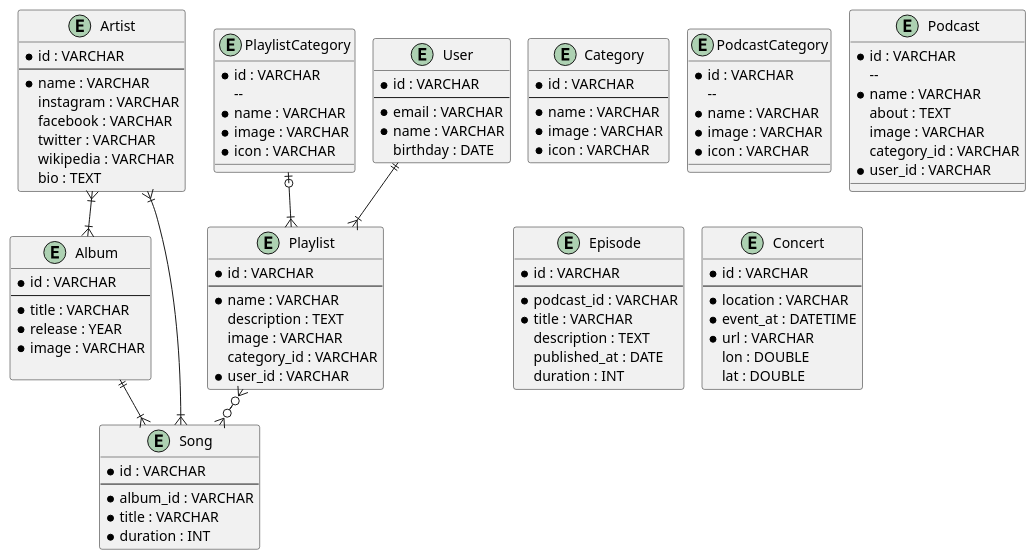
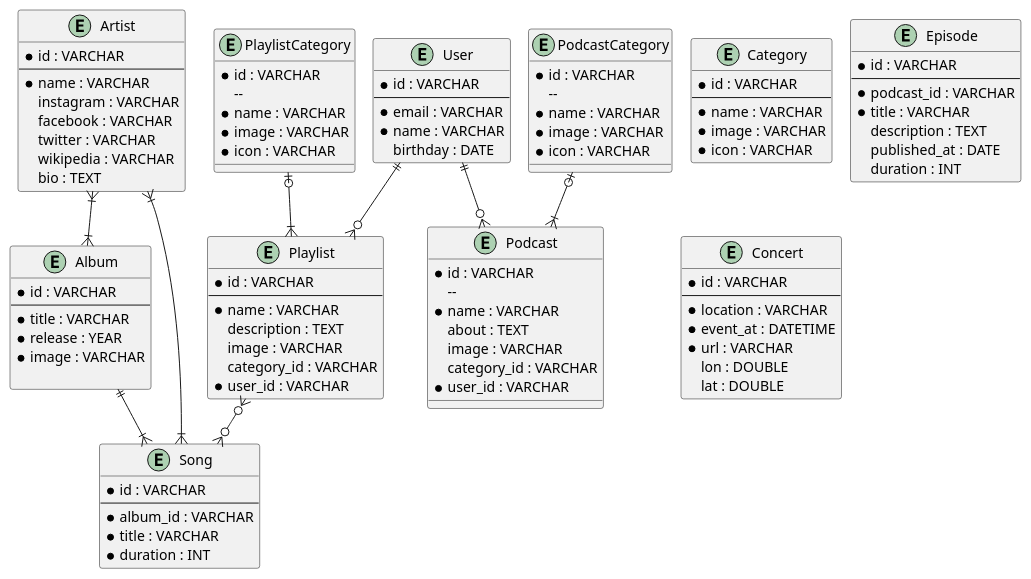
Before and after one commit to fkresna23/database-design-spotify: the diagram in spotify.puml, drawn with PlantUML.

Commit message:
Relasi Entity Podcast

```diff
--- a/spotify.puml
+++ b/spotify.puml
@@ -1,113 +1,114 @@
 @startuml
 !pragma layout smetana
 entity Artist {
     * id : VARCHAR
     --
     * name : VARCHAR
     instagram : VARCHAR
     facebook : VARCHAR
     twitter : VARCHAR
     wikipedia : VARCHAR
     bio : TEXT
 }
 
 entity Album {
     * id : VARCHAR
     --
     * title : VARCHAR
     * release : YEAR
     * image : VARCHAR
 
 }
 
 entity Song {
     * id : VARCHAR
     --
     * album_id : VARCHAR
     * title : VARCHAR
     * duration : INT
 }
 
 entity Category {
     * id : VARCHAR
     --
     * name : VARCHAR
     * image : VARCHAR
     * icon : VARCHAR
 }
 
 entity Playlist {
     * id : VARCHAR
     --
     * name : VARCHAR
     description : TEXT
     image : VARCHAR
     category_id : VARCHAR
     * user_id : VARCHAR
 }
 
 entity PlaylistCategory {
      * id : VARCHAR
         --
      * name : VARCHAR
      * image : VARCHAR
      * icon : VARCHAR
 }
 
 entity PodcastCategory {
      * id : VARCHAR
         --
      * name : VARCHAR
      * image : VARCHAR
      * icon : VARCHAR
 }
 
 entity Podcast {
     * id : VARCHAR
         --
     * name : VARCHAR
     about : TEXT
     image : VARCHAR
     category_id : VARCHAR
     * user_id : VARCHAR
 }
 
 entity Episode {
     * id : VARCHAR
     --
     * podcast_id : VARCHAR
     * title : VARCHAR
     description : TEXT
     published_at : DATE
     duration : INT
 }
 
 entity User {
     * id : VARCHAR
     --
     * email : VARCHAR
     * name : VARCHAR
     birthday : DATE
 }
 
 entity Concert {
     * id : VARCHAR
     --
     * location : VARCHAR
     * event_at : DATETIME
     * url : VARCHAR
     lon : DOUBLE
     lat : DOUBLE
 }
 
 Artist }|--|{ Album
 
 Album ||--|{ Song
 Artist }|--|{ Song
 
 PlaylistCategory |o--|{ Playlist
-User ||--|{ Playlist
+User ||--o{ Playlist
 Playlist }o--o{ Song
 
-
+PodcastCategory |o--|{ Podcast
+User ||--o{ Podcast
 @enduml
```
